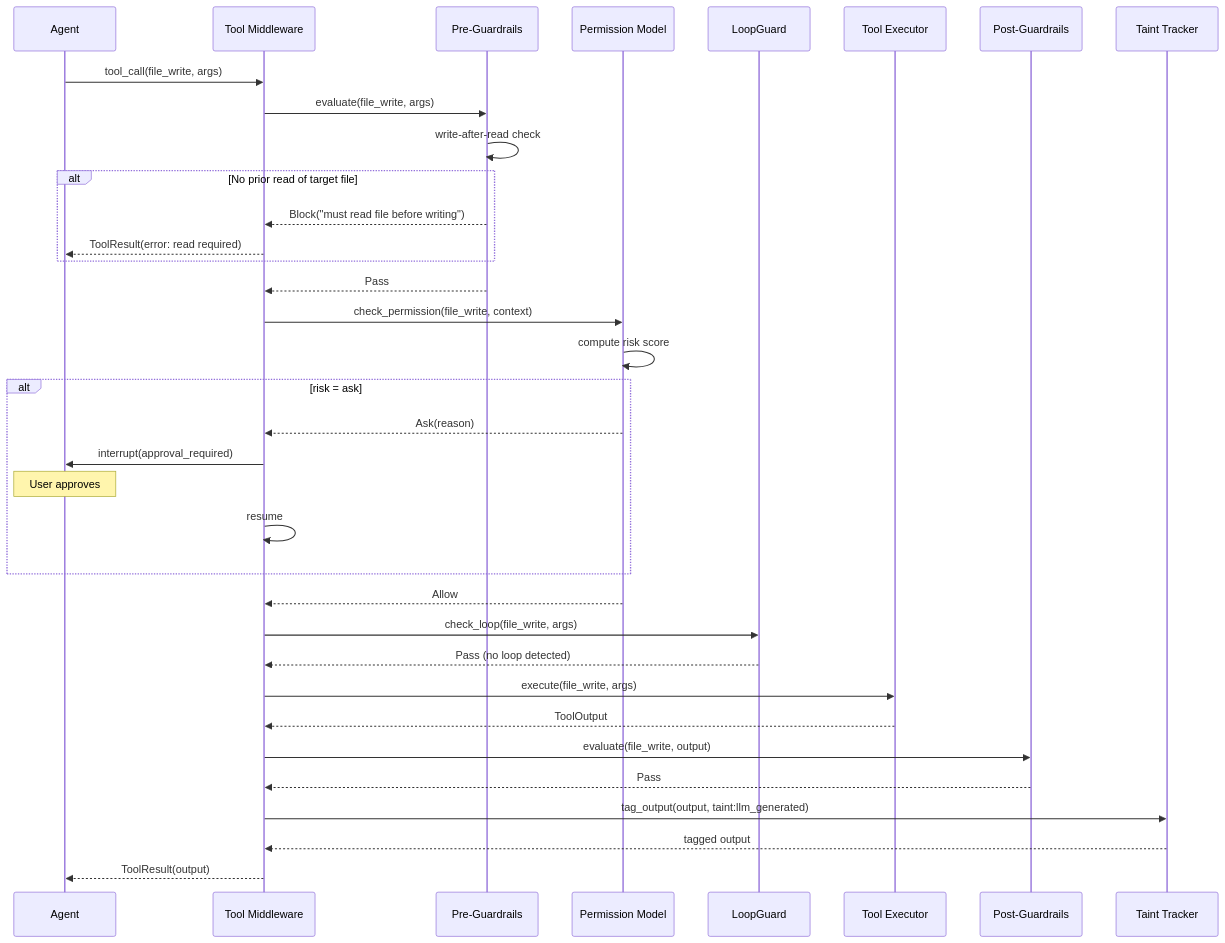
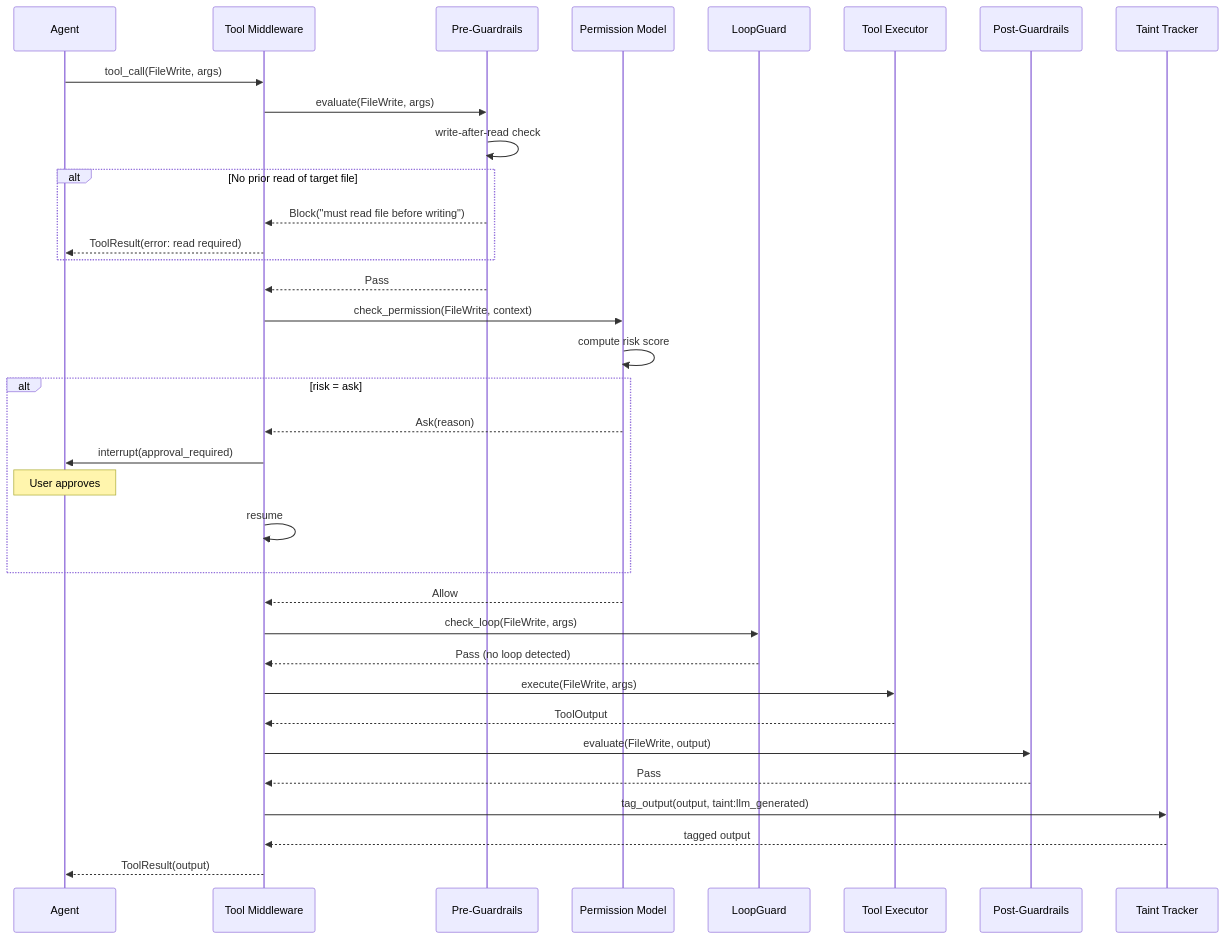
One commit to gorgiaxx/y-agent changed the third of 7 diagrams in docs/design/guardrails-hitl-design.md. Above: the diagram before and after it, drawn with Mermaid. The commit also changed other lines of this file and 41 other files, not shown here.

````diff
--- a/docs/design/guardrails-hitl-design.md
+++ b/docs/design/guardrails-hitl-design.md
@@ -296,45 +296,45 @@
 ```mermaid
 sequenceDiagram
     participant Agent
     participant TMW as Tool Middleware
     participant PreG as Pre-Guardrails
     participant Perm as Permission Model
     participant LG as LoopGuard
     participant TE as Tool Executor
     participant PostG as Post-Guardrails
     participant TT as Taint Tracker
 
-    Agent->>TMW: tool_call(file_write, args)
+    Agent->>TMW: tool_call(FileWrite, args)
 
-    TMW->>PreG: evaluate(file_write, args)
+    TMW->>PreG: evaluate(FileWrite, args)
     PreG->>PreG: write-after-read check
     alt No prior read of target file
         PreG-->>TMW: Block("must read file before writing")
         TMW-->>Agent: ToolResult(error: read required)
     end
     PreG-->>TMW: Pass
 
-    TMW->>Perm: check_permission(file_write, context)
+    TMW->>Perm: check_permission(FileWrite, context)
     Perm->>Perm: compute risk score
     alt risk = ask
         Perm-->>TMW: Ask(reason)
         TMW->>Agent: interrupt(approval_required)
         Note over Agent: User approves
         TMW->>TMW: resume
     end
     Perm-->>TMW: Allow
 
-    TMW->>LG: check_loop(file_write, args)
+    TMW->>LG: check_loop(FileWrite, args)
     LG-->>TMW: Pass (no loop detected)
 
-    TMW->>TE: execute(file_write, args)
+    TMW->>TE: execute(FileWrite, args)
     TE-->>TMW: ToolOutput
 
-    TMW->>PostG: evaluate(file_write, output)
+    TMW->>PostG: evaluate(FileWrite, output)
     PostG-->>TMW: Pass
 
     TMW->>TT: tag_output(output, taint:llm_generated)
     TT-->>TMW: tagged output
 
     TMW-->>Agent: ToolResult(output)
 ```
````
